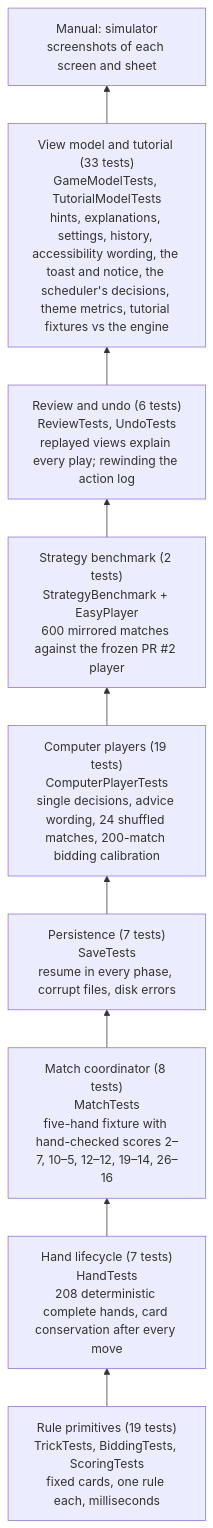
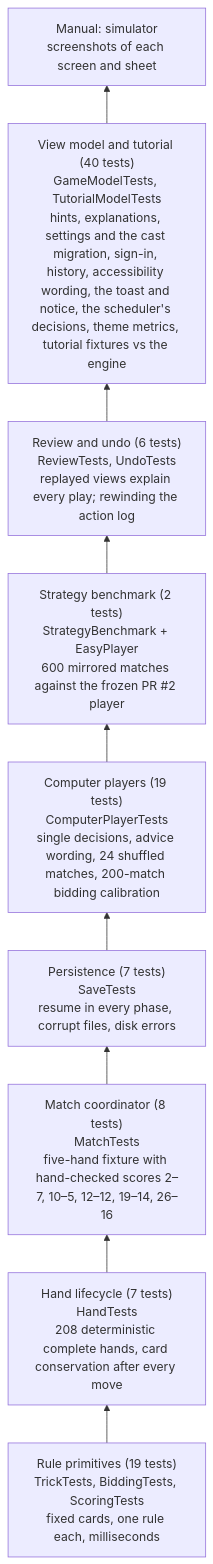
Before and after one commit to cmurphy1140/catch-5: the first of 2 diagrams in docs/testing.md, drawn with Mermaid. The commit also changed other lines of this file and 4 other files, not shown here.

````diff
--- a/docs/testing.md
+++ b/docs/testing.md
@@ -40,13 +40,13 @@
 ```mermaid
 flowchart BT
     L1["Rule primitives (19 tests)<br/>TrickTests, BiddingTests, ScoringTests<br/>fixed cards, one rule each, milliseconds"]
     L2["Hand lifecycle (7 tests)<br/>HandTests<br/>208 deterministic complete hands, card conservation after every move"]
     L3["Match coordinator (8 tests)<br/>MatchTests<br/>five-hand fixture with hand-checked scores 2–7, 10–5, 12–12, 19–14, 26–16"]
     L4["Persistence (7 tests)<br/>SaveTests<br/>resume in every phase, corrupt files, disk errors"]
     L5["Computer players (19 tests)<br/>ComputerPlayerTests<br/>single decisions, advice wording, 24 shuffled matches, 200-match bidding calibration"]
     L5b["Strategy benchmark (2 tests)<br/>StrategyBenchmark + EasyPlayer<br/>600 mirrored matches against the frozen PR #2 player"]
     L5c["Review and undo (6 tests)<br/>ReviewTests, UndoTests<br/>replayed views explain every play; rewinding the action log"]
-    L6["View model and tutorial (33 tests)<br/>GameModelTests, TutorialModelTests<br/>hints, explanations, settings, history, accessibility wording, the toast and notice, the scheduler's decisions, theme metrics, tutorial fixtures vs the engine"]
+    L6["View model and tutorial (40 tests)<br/>GameModelTests, TutorialModelTests<br/>hints, explanations, settings and the cast migration, sign-in, history, accessibility wording, the toast and notice, the scheduler's decisions, theme metrics, tutorial fixtures vs the engine"]
     L7["Manual: simulator<br/>screenshots of each screen and sheet"]
     L1 --> L2 --> L3 --> L4 --> L5 --> L5b --> L5c --> L6 --> L7
 ```
````
